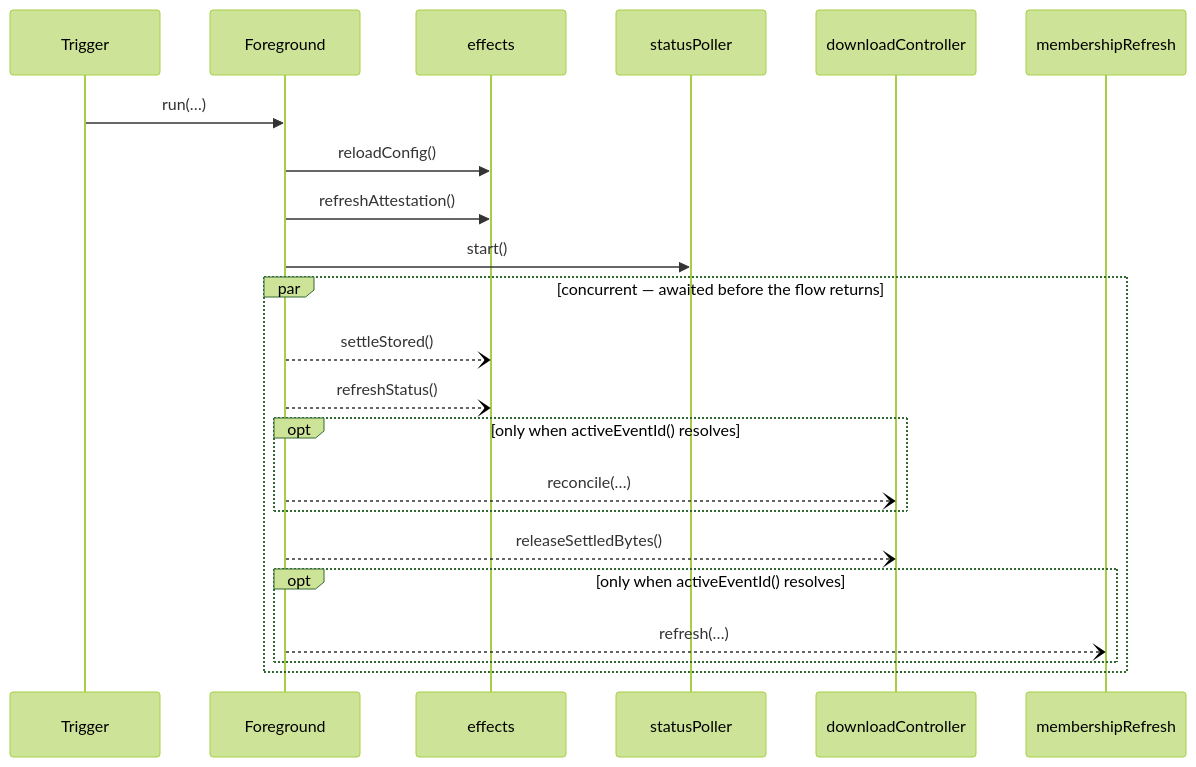
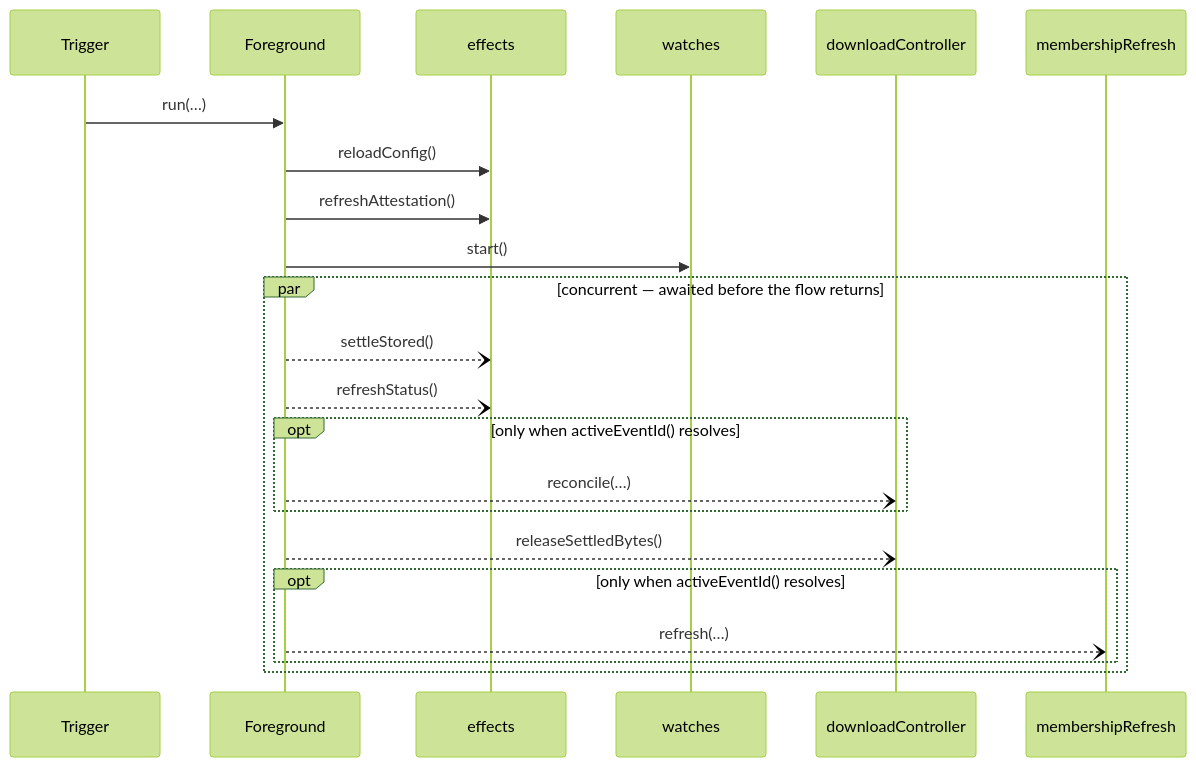
The diagram in architecture/flows/Foreground.md (stefanhoelzl/SnapSync), drawn with Mermaid (forest theme) before and after one commit. The commit also changed 68 other files, not shown here.

````diff
--- a/architecture/flows/Foreground.md
+++ b/architecture/flows/Foreground.md
@@ -14,24 +14,24 @@
 ```mermaid
 sequenceDiagram
   participant Trigger
   participant Foreground
   participant effects
-  participant statusPoller
+  participant watches
   participant downloadController
   participant membershipRefresh
   Trigger->>Foreground: run(…)
   Foreground->>effects: reloadConfig()
   Foreground->>effects: refreshAttestation()
-  Foreground->>statusPoller: start()
+  Foreground->>watches: start()
   par concurrent — awaited before the flow returns
     Foreground--)effects: settleStored()
     Foreground--)effects: refreshStatus()
     opt only when activeEventId() resolves
       Foreground--)downloadController: reconcile(…)
     end
     Foreground--)downloadController: releaseSettledBytes()
     opt only when activeEventId() resolves
       Foreground--)membershipRefresh: refresh(…)
     end
   end
 ```
````
